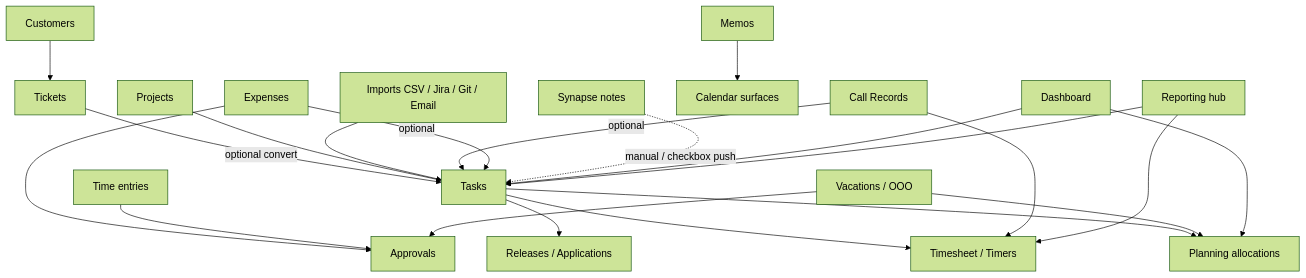
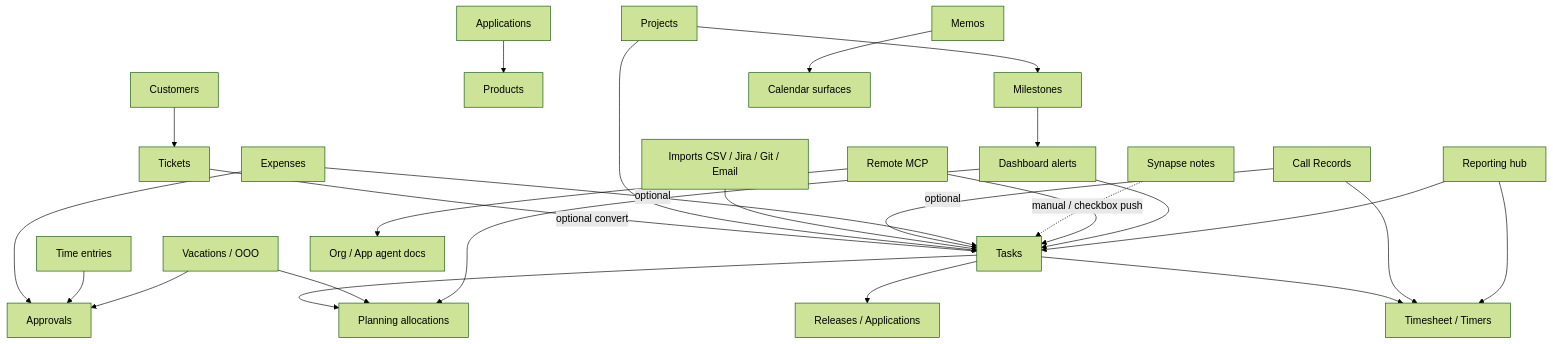
One commit to Tiag0ss/myelin changed the first of 2 diagrams in docs/synapse-myelin-manual/05-reference/module-relationships.md. Above: the diagram before and after it, drawn with Mermaid (forest theme). The commit also changed other lines of this file and 15 other files, not shown here.

````diff
--- a/docs/synapse-myelin-manual/05-reference/module-relationships.md
+++ b/docs/synapse-myelin-manual/05-reference/module-relationships.md
@@ -11,23 +11,28 @@
 ```mermaid
 flowchart TB
   Cust[Customers] --> Tickets
   Tickets -->|optional convert| Tasks
   Proj[Projects] --> Tasks
   Imp[Imports CSV / Jira / Git / Email] --> Tasks
   Tasks --> Plan[Planning allocations]
   Tasks --> TS[Timesheet / Timers]
   Tasks --> Rel[Releases / Applications]
+  Apps[Applications] --> Prod[Products]
+  Proj --> MS[Milestones]
+  MS --> Dash[Dashboard alerts]
   Calls[Call Records] -->|optional| Tasks
   Calls --> TS
   Exp[Expenses] -->|optional| Tasks
   Exp --> Appr[Approvals]
   TE[Time entries] --> Appr
   Leave[Vacations / OOO] --> Appr
   Leave --> Plan
   Memos --> Cal[Calendar surfaces]
   Syn[Synapse notes] -.->|manual / checkbox push| Tasks
-  Dash[Dashboard] --> Tasks
+  MCP[Remote MCP] --> Tasks
+  MCP --> AgentDocs[Org / App agent docs]
+  Dash --> Tasks
   Dash --> Plan
   Rep[Reporting hub] --> Tasks
   Rep --> TS
 ```
````
